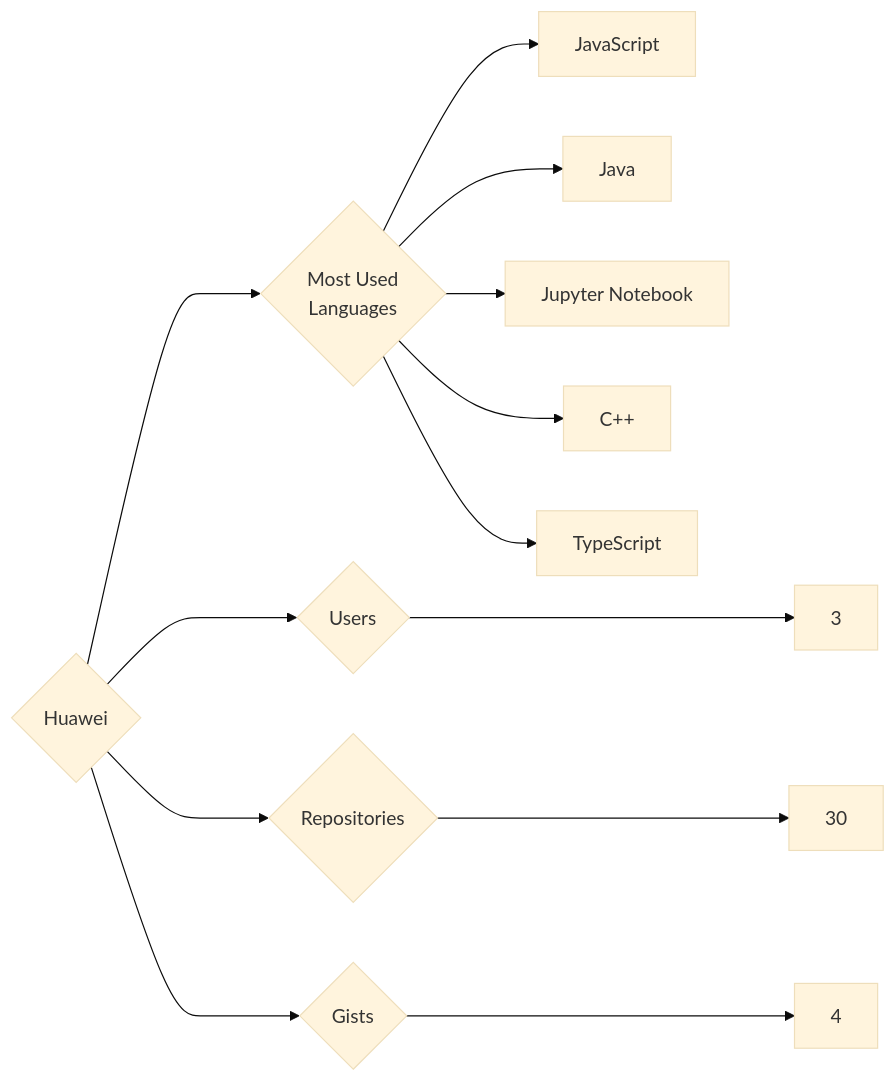
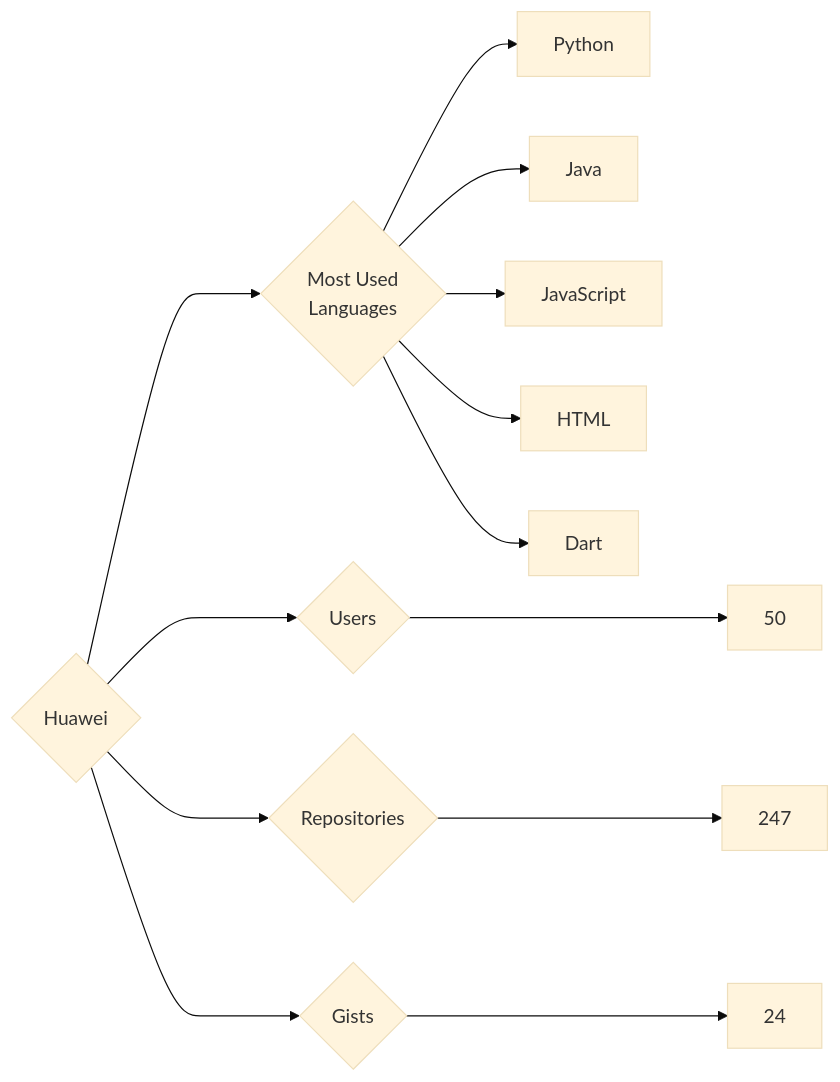
The diagram in targets/Huawei/README.md (trickest/insiders), drawn with Mermaid (base theme) before and after one commit. The commit also changed 934 other files, not shown here.

````diff
--- a/targets/Huawei/README.md
+++ b/targets/Huawei/README.md
@@ -3,13 +3,13 @@
 ```mermaid
 graph LR
 COMPANY_NAME{Huawei}
-COMPANY_NAME ---> U{Users} ---> UN[3]
-COMPANY_NAME ---> R{Repositories} ---> RN[30]
-COMPANY_NAME ---> G{Gists} ---> GN[4]
+COMPANY_NAME ---> U{Users} ---> UN[50]
+COMPANY_NAME ---> R{Repositories} ---> RN[247]
+COMPANY_NAME ---> G{Gists} ---> GN[24]
 COMPANY_NAME ---> ML{Most Used<br>Languages}
+ML --> Python[Python]
+ML --> Java[Java]
 ML --> JavaScript[JavaScript]
-ML --> Java[Java]
-ML --> Jupyter_Notebook[Jupyter Notebook]
-ML --> C++[C++]
-ML --> TypeScript[TypeScript]
+ML --> HTML[HTML]
+ML --> Dart[Dart]
 ```
````
